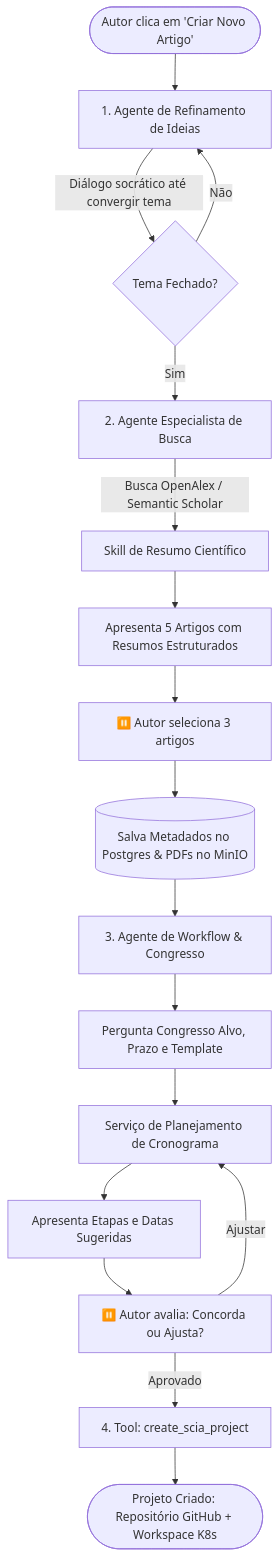
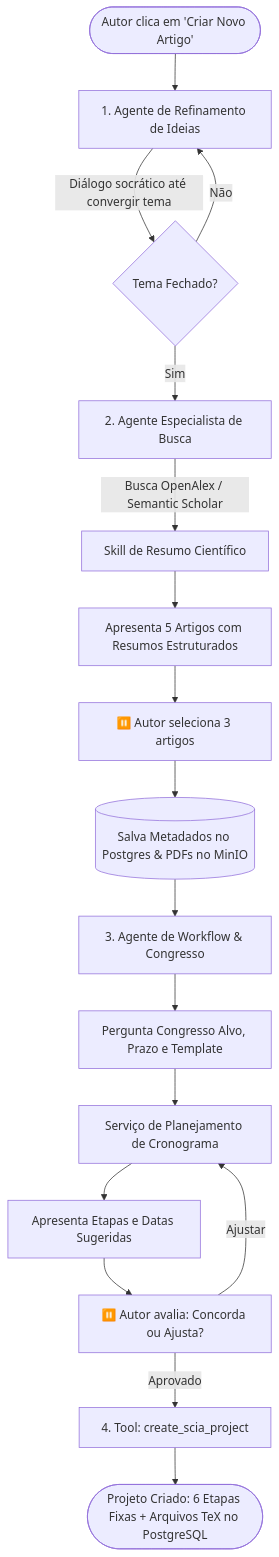
Before and after one commit to Digital-Analytics-Apps/sci-latex-vscode-ai: the diagram in docs/planning/specs/sciai-chat-copilot-spec.md, drawn with Mermaid. The commit also changed other lines of this file and 60 other files, not shown here.

````diff
--- a/docs/planning/specs/sciai-chat-copilot-spec.md
+++ b/docs/planning/specs/sciai-chat-copilot-spec.md
@@ -40,23 +40,23 @@
 ```mermaid
 graph TD
     Start([Autor clica em 'Criar Novo Artigo']) --> Node1[1. Agente de Refinamento de Ideias]
     Node1 -->|Diálogo socrático até convergir tema| Choice1{Tema Fechado?}
     Choice1 -- Não --> Node1
     Choice1 -- Sim --> Node2[2. Agente Especialista de Busca]
     
     Node2 -->|Busca OpenAlex / Semantic Scholar| SkillSummary[Skill de Resumo Científico]
     SkillSummary --> DisplayPapers[Apresenta 5 Artigos com Resumos Estruturados]
     DisplayPapers --> HumanSelect[⏸️ Autor seleciona 3 artigos]
     
     HumanSelect --> StorePapers[(Salva Metadados no Postgres & PDFs no MinIO)]
     StorePapers --> Node3[3. Agente de Workflow & Congresso]
     
     Node3 --> AskConf[Pergunta Congresso Alvo, Prazo e Template]
     AskConf --> CalcTimeline[Serviço de Planejamento de Cronograma]
     CalcTimeline --> ProposeSchedule[Apresenta Etapas e Datas Sugeridas]
     ProposeSchedule --> HumanReview[⏸️ Autor avalia: Concorda ou Ajusta?]
     
     HumanReview -- Ajustar --> CalcTimeline
     HumanReview -- Aprovado --> ToolCreate[4. Tool: create_scia_project]
-    ToolCreate --> Ready([Projeto Criado: Repositório GitHub + Workspace K8s])
+    ToolCreate --> Ready([Projeto Criado: 6 Etapas Fixas + Arquivos TeX no PostgreSQL])
 ```
````
